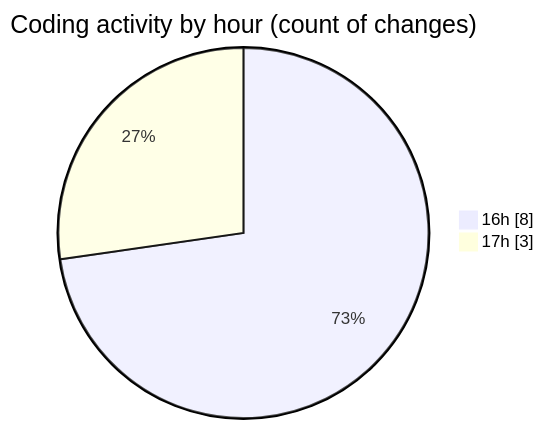
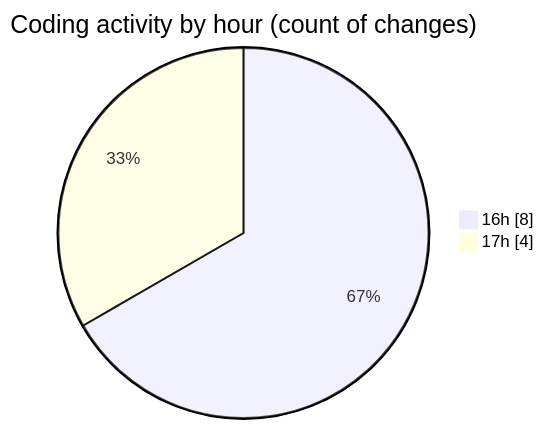
Before and after one commit to Elitesun/code-tracking: the second of 2 diagrams in 2025-02-06/react_ecom/README.md, drawn with Mermaid. The commit also changed other lines of this file and 1 other file, not shown here.

````diff
--- a/2025-02-06/react_ecom/README.md
+++ b/2025-02-06/react_ecom/README.md
@@ -30,6 +30,6 @@
 ```mermaid
 pie showData
 title Coding activity by hour (count of changes)
 "16h" : 8
-"17h" : 3
+"17h" : 4
 ```
````
